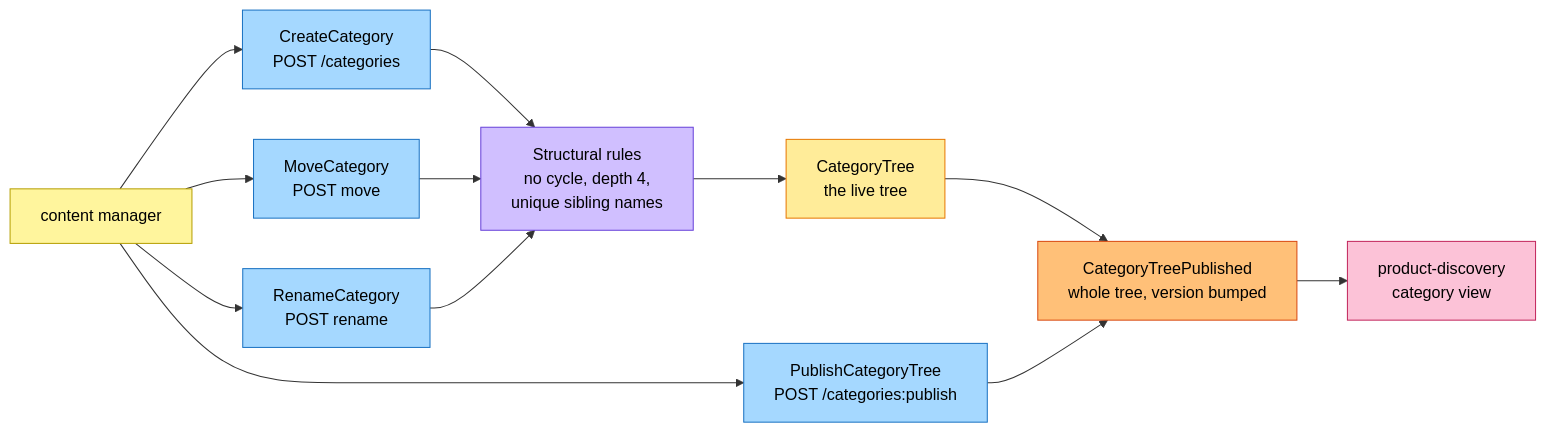
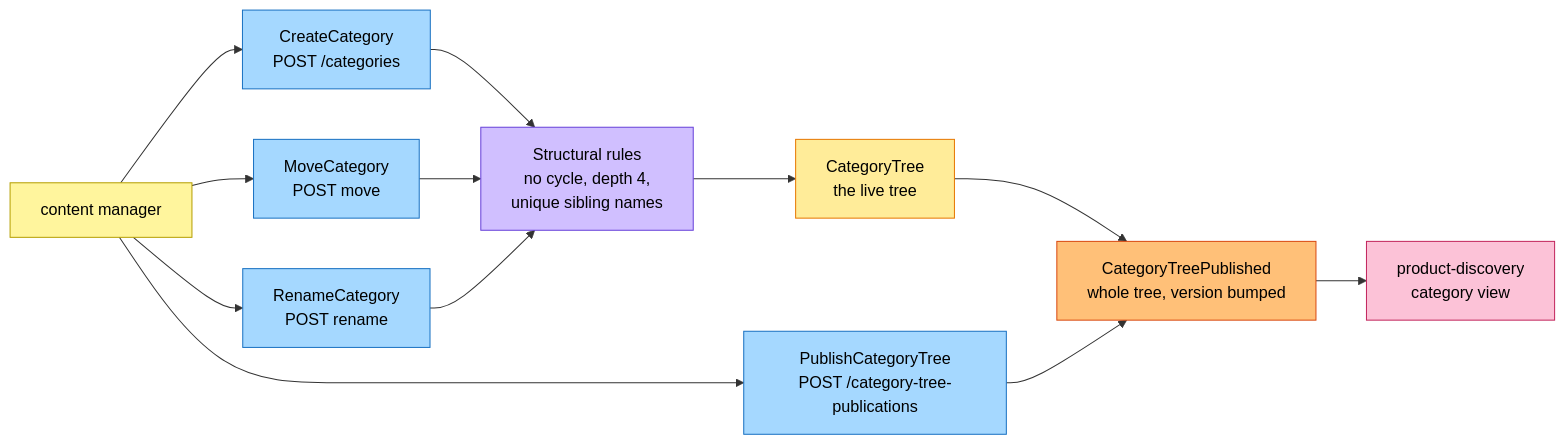
One commit to IQVO/product-content changed the second of 3 diagrams in docs/docs/ddd/eventstorming.md. Above: the diagram before and after it, drawn with Mermaid. The commit also changed other lines of this file and 53 other files, not shown here.

````diff
--- a/docs/docs/ddd/eventstorming.md
+++ b/docs/docs/ddd/eventstorming.md
@@ -73,26 +73,26 @@
 ```mermaid
 flowchart LR
     CM["content manager"]:::actor
     C1["CreateCategory<br/>POST /categories"]:::command
     C2["MoveCategory<br/>POST move"]:::command
     C3["RenameCategory<br/>POST rename"]:::command
     G2["CategoryTree<br/>the live tree"]:::aggregate
     P2["Structural rules<br/>no cycle, depth 4,<br/>unique sibling names"]:::policy
-    C4["PublishCategoryTree<br/>POST /categories:publish"]:::command
+    C4["PublishCategoryTree<br/>POST /category-tree-publications"]:::command
     E2["CategoryTreePublished<br/>whole tree, version bumped"]:::event
     PD["product-discovery<br/>category view"]:::external
 
     CM --> C1 --> P2
     CM --> C2 --> P2
     CM --> C3 --> P2
     P2 --> G2 --> E2
     CM --> C4 --> E2
     E2 --> PD
 
     classDef actor fill:#fff59d,stroke:#b59f00,color:#000
     classDef command fill:#a5d8ff,stroke:#1971c2,color:#000
     classDef aggregate fill:#ffec99,stroke:#e67700,color:#000
     classDef event fill:#ffc078,stroke:#d9480f,color:#000
     classDef policy fill:#d0bfff,stroke:#6741d9,color:#000
     classDef external fill:#fcc2d7,stroke:#c2255c,color:#000
 ```
````
